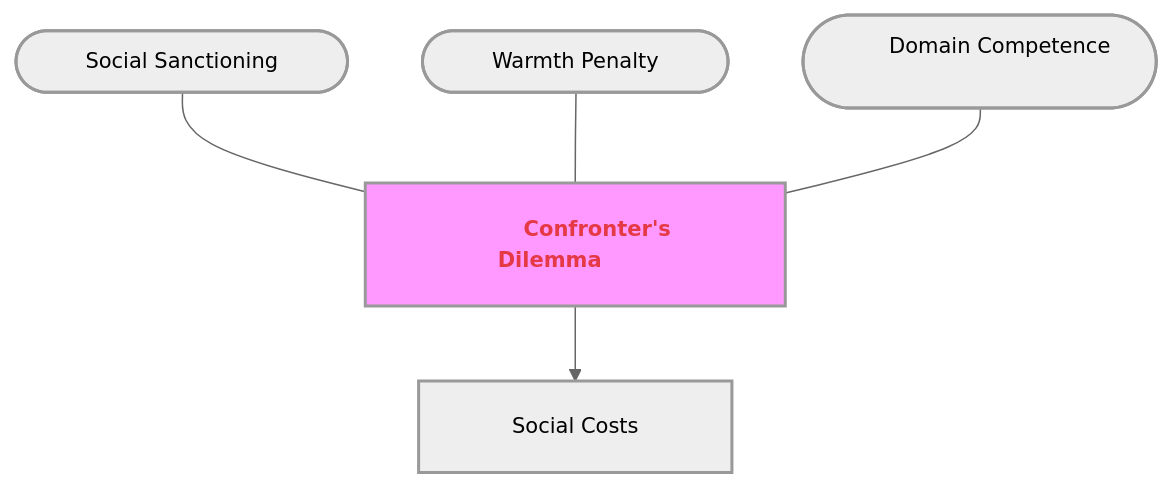
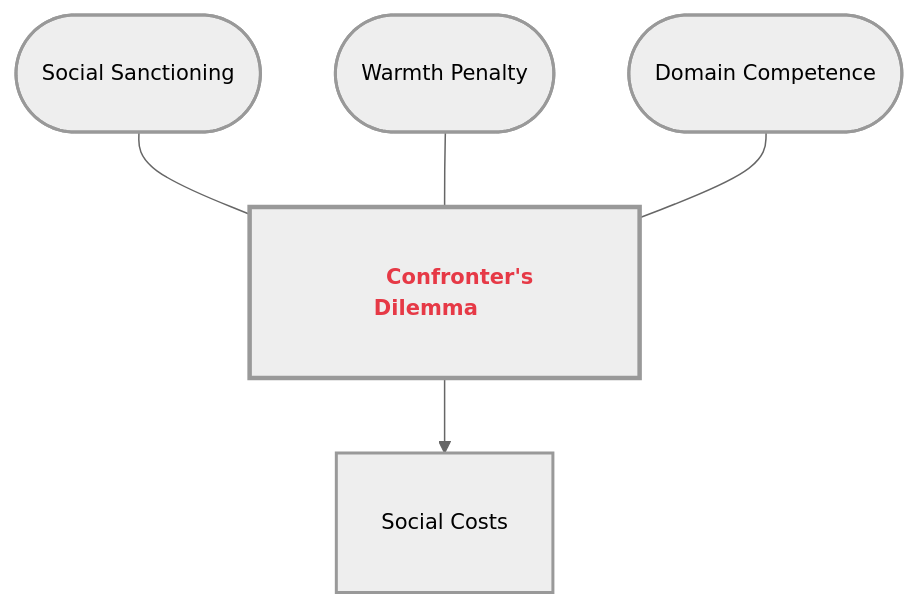
The fourth of 8 diagrams in Communication_Influence/Mastery_Guide_SOW_BS033.md (GM024/CourseSummaries), drawn with Mermaid before and after one commit. The commit also changed other lines of this file, not shown here.

Commit message:
Dynamic Box Standard: CSS-driven padding and HTML bolding for perfect diagram rendering

````diff
--- a/Communication_Influence/Mastery_Guide_SOW_BS033.md
+++ b/Communication_Influence/Mastery_Guide_SOW_BS033.md
@@ -138,14 +138,14 @@
 ```mermaid
-%%{init: { 'flowchart': { 'padding': 20, 'nodeSpacing': 50, 'rankSpacing': 50, 'useMaxWidth': false }, 'theme': 'neutral', 'themeVariables': { 'fontSize': '14px' }}}%%
+%%{init: { 'flowchart': { 'useMaxWidth': false, 'htmlLabels': true }, 'theme': 'neutral', 'themeVariables': { 'fontSize': '14px' }}}%%
 graph TD
-    Hub["&nbsp;&nbsp;&nbsp;&nbsp;&nbsp;&nbsp; <span style='color:#e63946'><b>Confronter's Dilemma</b></span> &nbsp;&nbsp;&nbsp;&nbsp;&nbsp;&nbsp;"]:::hubNode
+    classDef sandbox padding-left:20px,padding-right:20px,padding-top:10px,padding-bottom:10px,stroke-width:2px;
+    classDef hub padding-left:25px,padding-right:25px,padding-top:15px,padding-bottom:15px,stroke-width:3px,font-weight:bold;
+
+    Hub["<span style='color:#e63946'><b>Confronter's Dilemma</b></span>"]:::hub
     
-    S1(["&nbsp;&nbsp;&nbsp;&nbsp;&nbsp;&nbsp; Social Sanctioning &nbsp;&nbsp;&nbsp;&nbsp;&nbsp;&nbsp;"]) --- Hub
-    S2(["&nbsp;&nbsp;&nbsp;&nbsp;&nbsp;&nbsp; Warmth Penalty &nbsp;&nbsp;&nbsp;&nbsp;&nbsp;&nbsp;"]) --- Hub
-    S3(["&nbsp;&nbsp;&nbsp;&nbsp;&nbsp;&nbsp; Domain Competence &nbsp;&nbsp;&nbsp;&nbsp;&nbsp;&nbsp;"]) --- Hub
+    S1(["Social Sanctioning"]):::sandbox --- Hub
+    S2(["Warmth Penalty"]):::sandbox --- Hub
+    S3(["Domain Competence"]):::sandbox --- Hub
     
-    Hub --> B1["&nbsp;&nbsp;&nbsp;&nbsp; Social Costs &nbsp;&nbsp;&nbsp;&nbsp;"]
-    
-    classDef hubNode font-weight:bold,stroke-width:2px,fill:#f9f;
-    classDef default stroke-width:2px;
+    Hub --> B1["Social Costs"]:::sandbox
 ```
````
